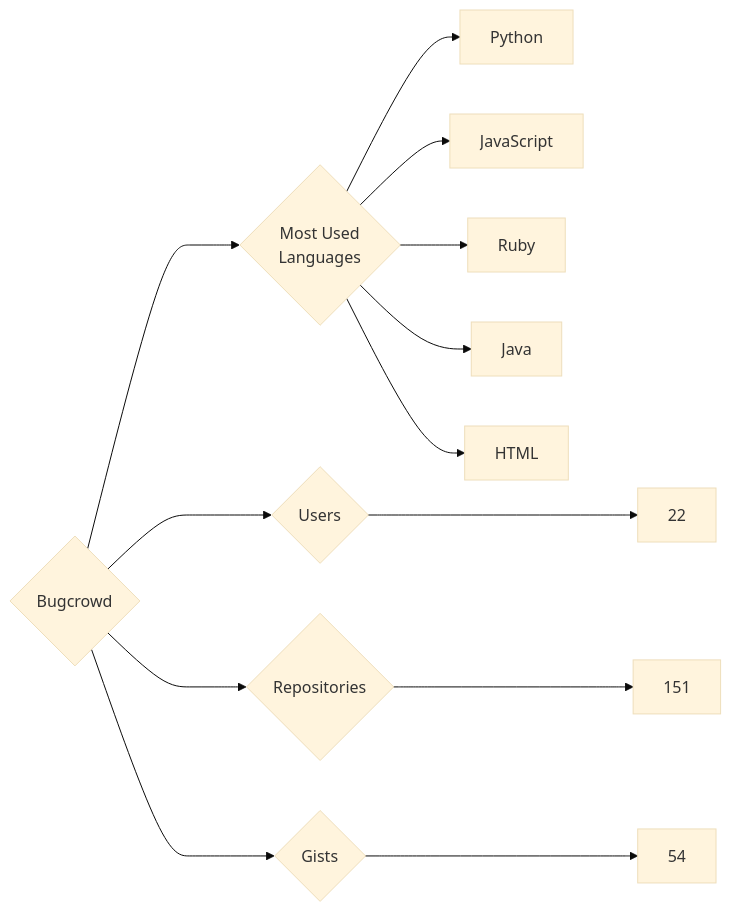
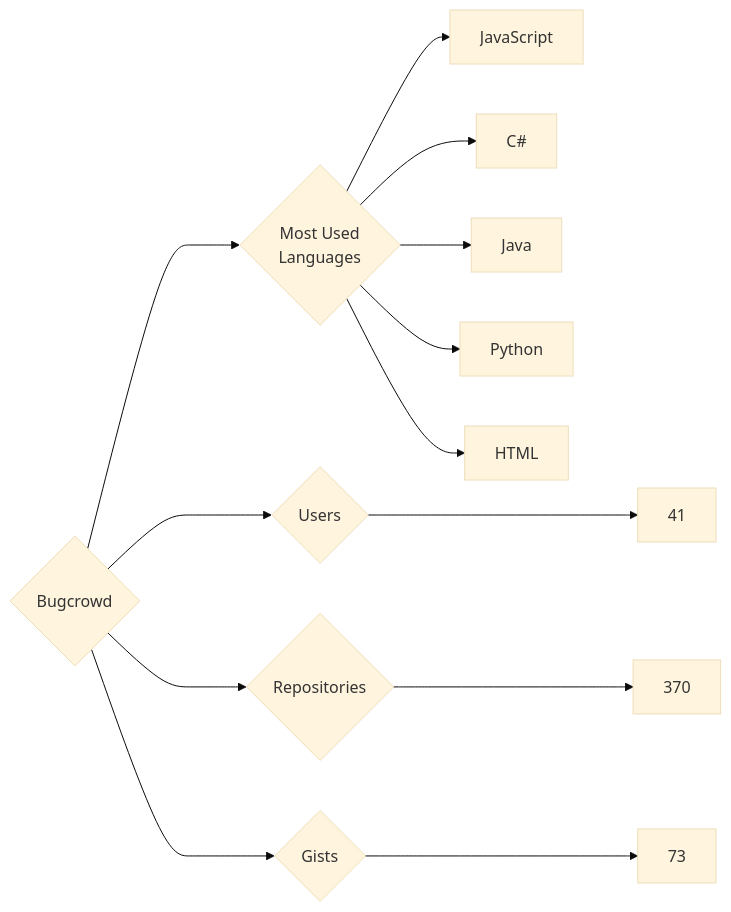
One commit to trickest/insiders changed the diagram in targets/Bugcrowd/README.md. Above: the diagram before and after it, drawn with Mermaid (base theme). The commit also changed 693 other files, not shown here.

````diff
--- a/targets/Bugcrowd/README.md
+++ b/targets/Bugcrowd/README.md
@@ -3,13 +3,13 @@
 ```mermaid
 graph LR
 COMPANY_NAME{Bugcrowd}
-COMPANY_NAME ---> U{Users} ---> UN[22]
-COMPANY_NAME ---> R{Repositories} ---> RN[151]
-COMPANY_NAME ---> G{Gists} ---> GN[54]
+COMPANY_NAME ---> U{Users} ---> UN[41]
+COMPANY_NAME ---> R{Repositories} ---> RN[370]
+COMPANY_NAME ---> G{Gists} ---> GN[73]
 COMPANY_NAME ---> ML{Most Used<br>Languages}
+ML --> JavaScript[JavaScript]
+ML --> C#[C#]
+ML --> Java[Java]
 ML --> Python[Python]
-ML --> JavaScript[JavaScript]
-ML --> Ruby[Ruby]
-ML --> Java[Java]
 ML --> HTML[HTML]
 ```
````
